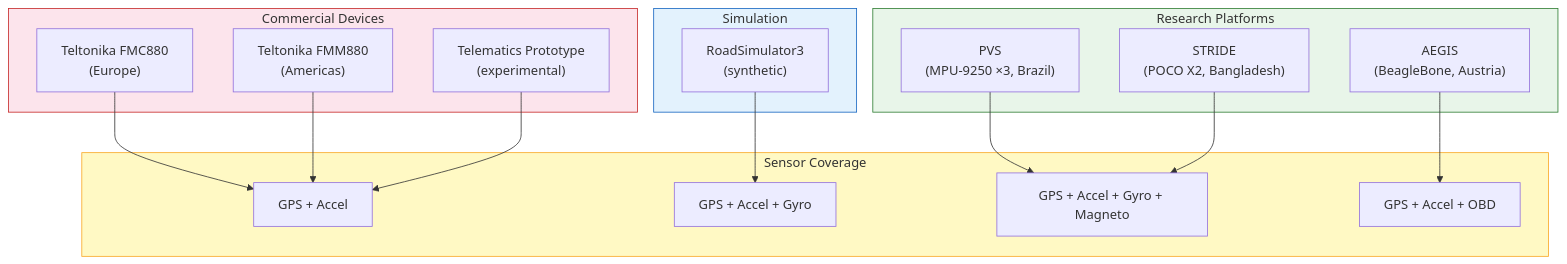
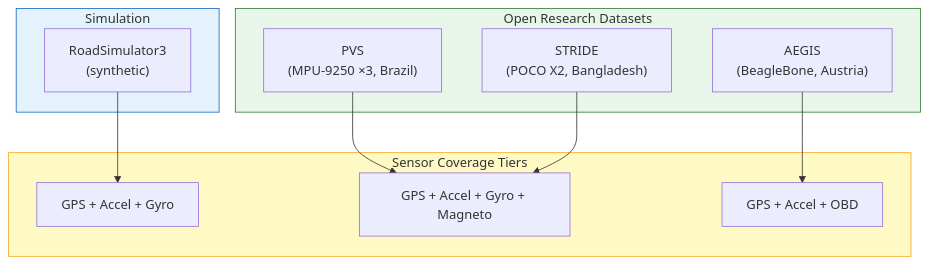
The ninth of 9 diagrams in spec/SPEC-01-data-layers.md (telemachus3/telemachus), drawn with Mermaid before and after one commit. The commit also changed other lines of this file and 4 other files, not shown here.

````diff
--- a/spec/SPEC-01-data-layers.md
+++ b/spec/SPEC-01-data-layers.md
@@ -483,38 +483,27 @@
 ```mermaid
 graph TD
-    subgraph COMMERCIAL["Commercial Devices"]
-        TELTO["Teltonika FMC880\n(Europe)"]
-        TELTM["Teltonika FMM880\n(Americas)"]
-        PROTO["Telematics Prototype\n(experimental)"]
-    end
-
-    subgraph RESEARCH["Research Platforms"]
+    subgraph RESEARCH["Open Research Datasets"]
         AEGIS["AEGIS\n(BeagleBone, Austria)"]
         PVS["PVS\n(MPU-9250 ×3, Brazil)"]
         STRIDE["STRIDE\n(POCO X2, Bangladesh)"]
     end
 
     subgraph SIM["Simulation"]
         RS3["RoadSimulator3\n(synthetic)"]
     end
 
-    subgraph TIERS["Sensor Coverage"]
-        T1["GPS + Accel"]
+    subgraph TIERS["Sensor Coverage Tiers"]
         T2["GPS + Accel + Gyro"]
         T3["GPS + Accel + Gyro + Magneto"]
         T4["GPS + Accel + OBD"]
     end
 
-    TELTO --> T1
-    TELTM --> T1
-    PROTO --> T1
     AEGIS --> T4
     PVS --> T3
     STRIDE --> T3
     RS3 --> T2
 
-    style COMMERCIAL fill:#fce4ec,stroke:#c62828
     style RESEARCH fill:#e8f5e9,stroke:#2e7d32
     style SIM fill:#e3f2fd,stroke:#1565c0
     style TIERS fill:#fff9c4,stroke:#f9a825
 ```
````
